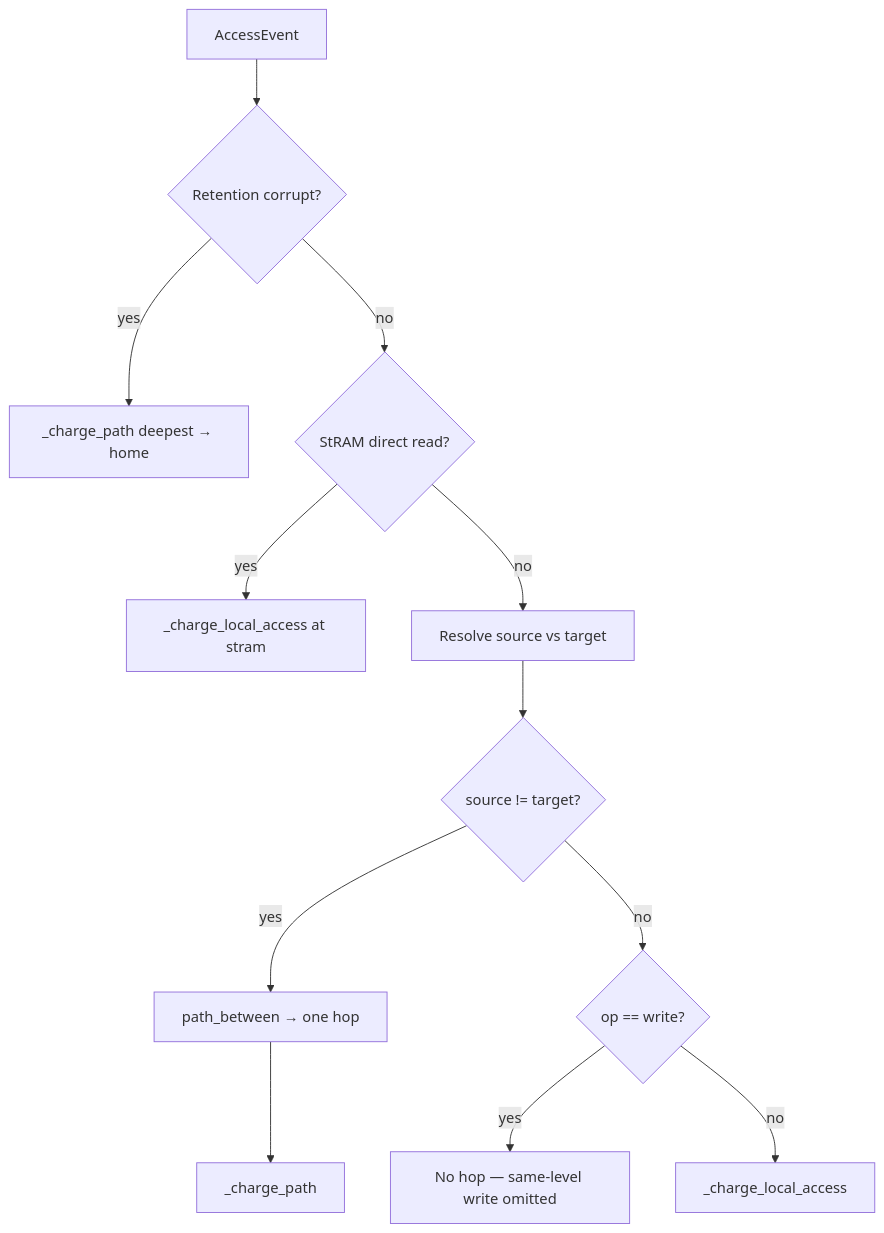
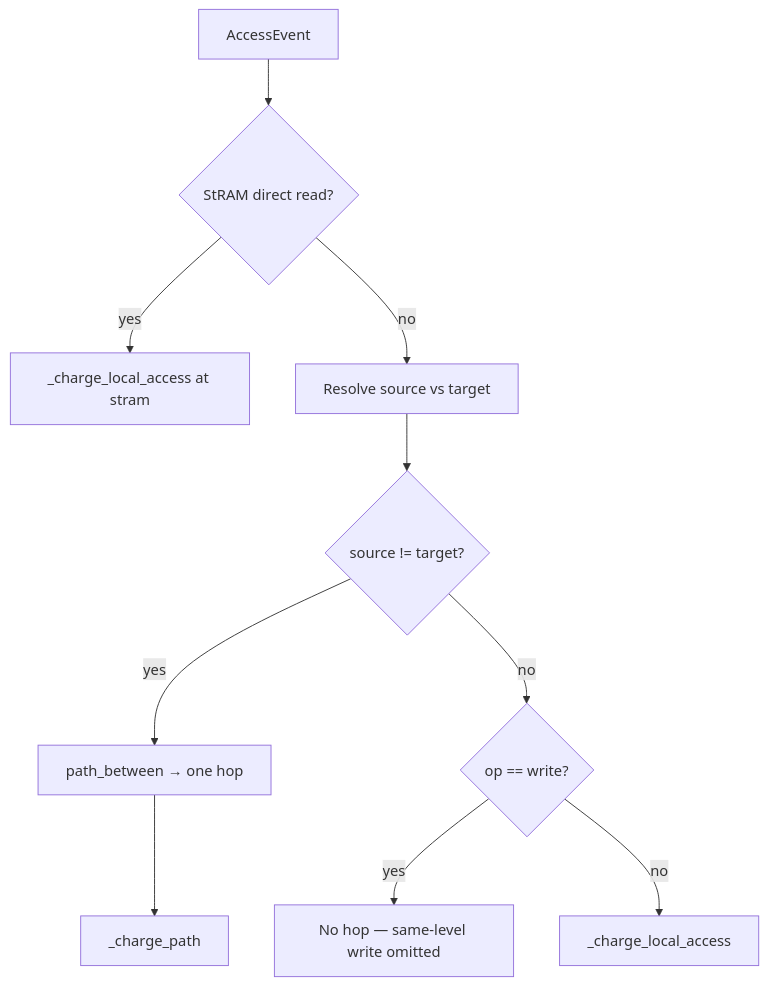
One commit to arinashah30/EE392C changed the diagram in docs/cost-model/01-hops.md. Above: the diagram before and after it, drawn with Mermaid. The commit also changed other lines of this file and 25 other files, not shown here.

````diff
--- a/docs/cost-model/01-hops.md
+++ b/docs/cost-model/01-hops.md
@@ -11,14 +11,12 @@
 ```mermaid
 flowchart TD
-    E[AccessEvent] --> RET{Retention corrupt?}
-    RET -->|yes| RELOAD[_charge_path deepest → home]
-    RET -->|no| STRAM{StRAM direct read?}
+    E[AccessEvent] --> STRAM{StRAM direct read?}
     STRAM -->|yes| LOCAL1[_charge_local_access at stram]
     STRAM -->|no| SRC[Resolve source vs target]
     SRC --> CMP{source != target?}
     CMP -->|yes| PATH[path_between → one hop]
     CMP -->|no| WRITE{op == write?}
     PATH --> CHARGE[_charge_path]
     WRITE -->|yes| SKIP[No hop — same-level write omitted]
     WRITE -->|no| LOCAL2[_charge_local_access]
 ```
````
